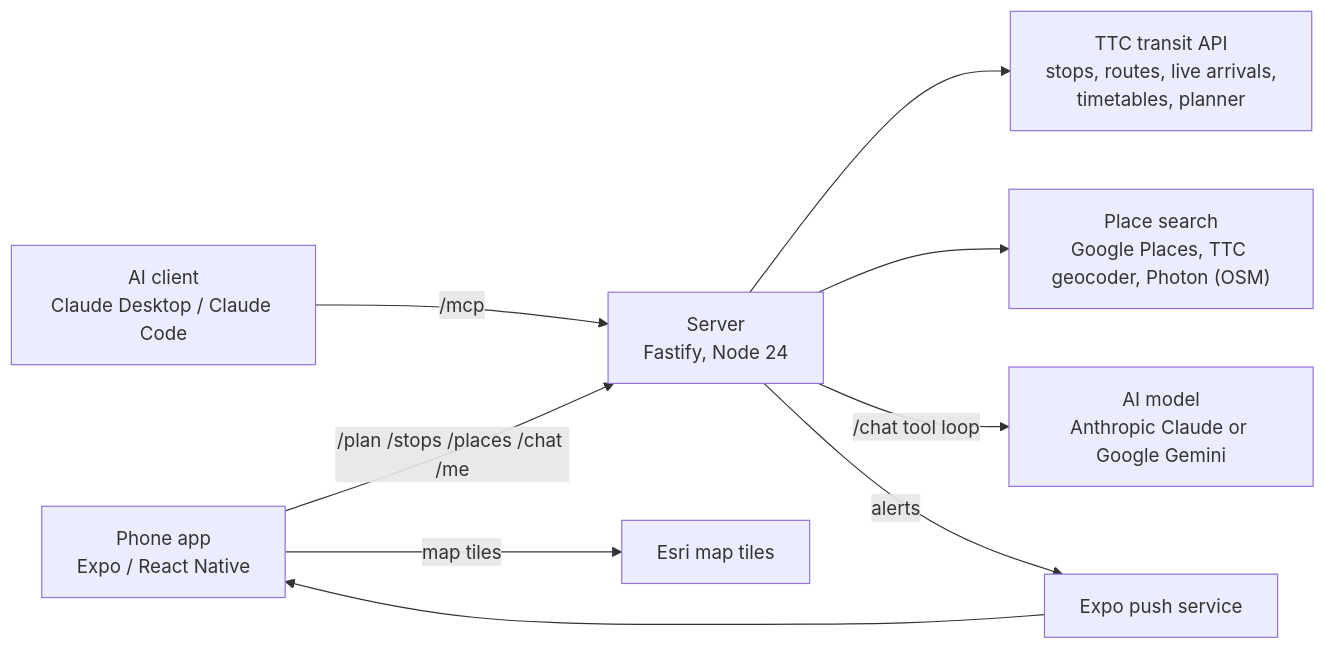
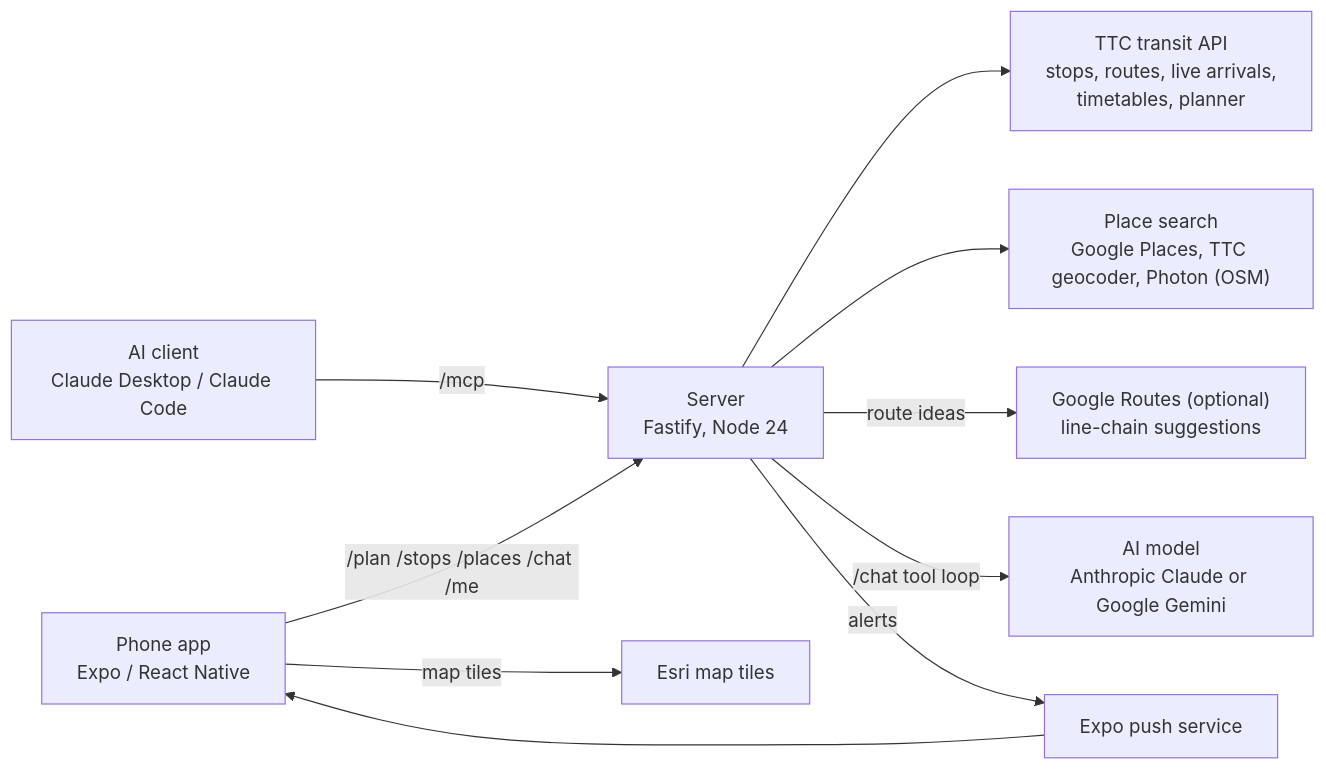
The diagram in README.md (gigoshkin/moaswreb), drawn with Mermaid before and after one commit. The commit also changed other lines of this file and 1 other file, not shown here.

Commit message:
README: route builder from scratch, pinned routes, Google route ideas, map link import, version and developer menu; app.json: EAS project id

````diff
--- a/README.md
+++ b/README.md
@@ -79,20 +82,22 @@
 ```mermaid
 flowchart LR
   Phone["Phone app<br/>Expo / React Native"]
   Server["Server<br/>Fastify, Node 24"]
   TTC["TTC transit API<br/>stops, routes, live arrivals,<br/>timetables, planner"]
   Places["Place search<br/>Google Places, TTC geocoder, Photon (OSM)"]
+  Routes["Google Routes (optional)<br/>line-chain suggestions"]
   AI["AI model<br/>Anthropic Claude or Google Gemini"]
   MCP["AI client<br/>Claude Desktop / Claude Code"]
   Push["Expo push service"]
   Tiles["Esri map tiles"]
 
   Phone -- "/plan /stops /places /chat /me" --> Server
   Phone -- "map tiles" --> Tiles
   Server --> TTC
   Server --> Places
+  Server -- "route ideas" --> Routes
   Server -- "/chat tool loop" --> AI
   MCP -- "/mcp" --> Server
   Server -- "alerts" --> Push
   Push --> Phone
 ```
````
